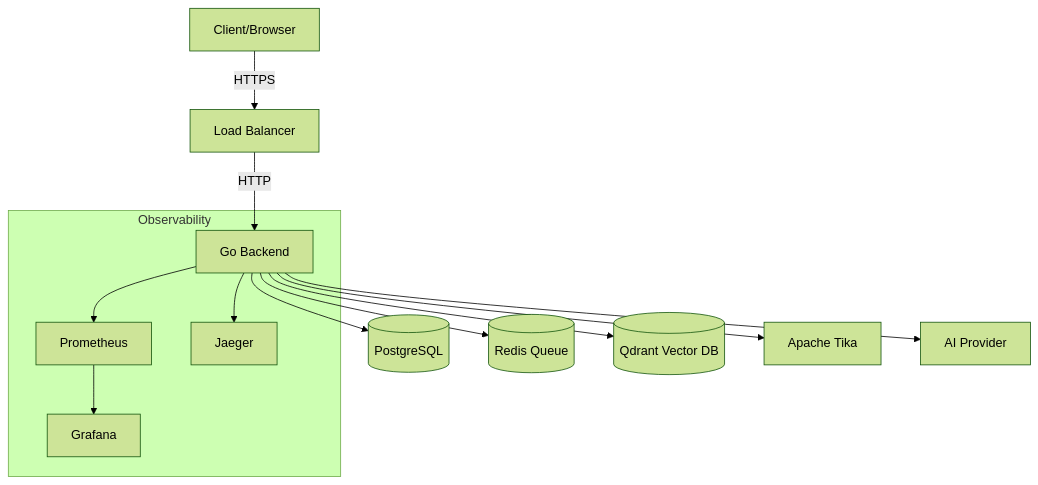
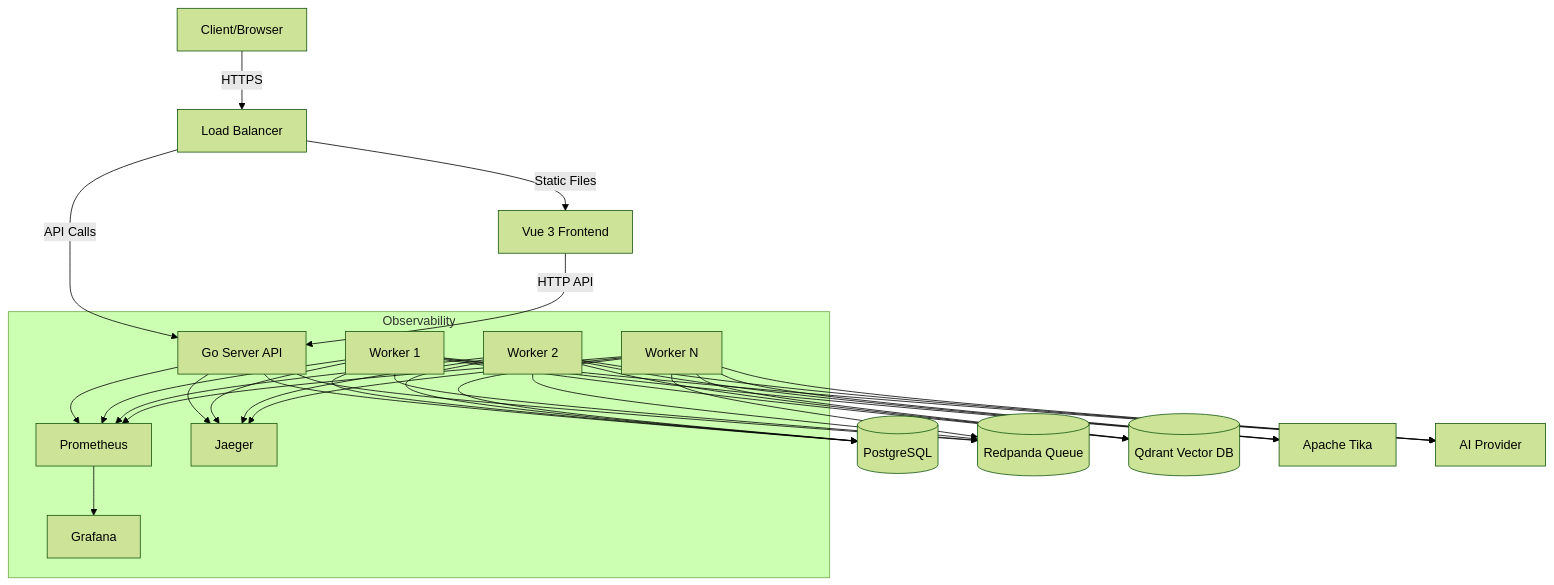
The first of 3 diagrams in docs/architecture/ARCHITECTURE.md (fairyhunter13/ai-cv-evaluator), drawn with Mermaid (forest theme) before and after one commit. The commit also changed other lines of this file and 274 other files, not shown here.

````diff
--- a/docs/architecture/ARCHITECTURE.md
+++ b/docs/architecture/ARCHITECTURE.md
@@ -7,28 +7,52 @@
 ```mermaid
 graph TB
     Client[Client/Browser]
+    Frontend[Vue 3 Frontend]
     LB[Load Balancer]
-    App[Go Backend]
+    Server[Go Server API]
+    Worker1[Worker 1]
+    Worker2[Worker 2]
+    WorkerN[Worker N]
     DB[(PostgreSQL)]
-    Redis[(Redis Queue)]
+    Redpanda[(Redpanda Queue)]
     Qdrant[(Qdrant Vector DB)]
     Tika[Apache Tika]
     AI[AI Provider]
     
     Client -->|HTTPS| LB
-    LB -->|HTTP| App
-    App --> DB
-    App --> Redis
-    App --> Qdrant
-    App --> Tika
-    App --> AI
+    LB -->|Static Files| Frontend
+    LB -->|API Calls| Server
+    Frontend -->|HTTP API| Server
+    Server --> DB
+    Server --> Redpanda
+    Worker1 --> Redpanda
+    Worker2 --> Redpanda
+    WorkerN --> Redpanda
+    Worker1 --> DB
+    Worker2 --> DB
+    WorkerN --> DB
+    Worker1 --> Qdrant
+    Worker2 --> Qdrant
+    WorkerN --> Qdrant
+    Worker1 --> Tika
+    Worker2 --> Tika
+    WorkerN --> Tika
+    Worker1 --> AI
+    Worker2 --> AI
+    WorkerN --> AI
     
     subgraph Observability
         Prometheus[Prometheus]
         Grafana[Grafana]
         Jaeger[Jaeger]
-        App --> Prometheus
-        App --> Jaeger
+        Server --> Prometheus
+        Worker1 --> Prometheus
+        Worker2 --> Prometheus
+        WorkerN --> Prometheus
+        Server --> Jaeger
+        Worker1 --> Jaeger
+        Worker2 --> Jaeger
+        WorkerN --> Jaeger
         Prometheus --> Grafana
     end
 ```
````
